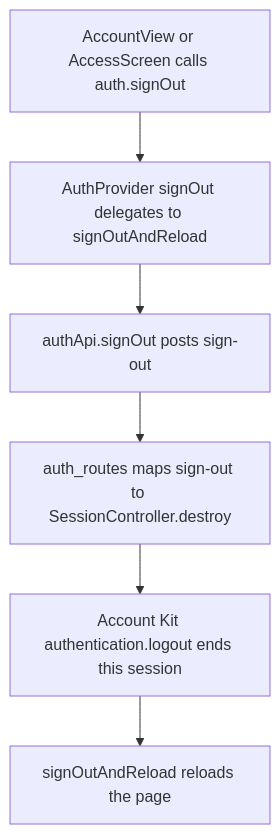
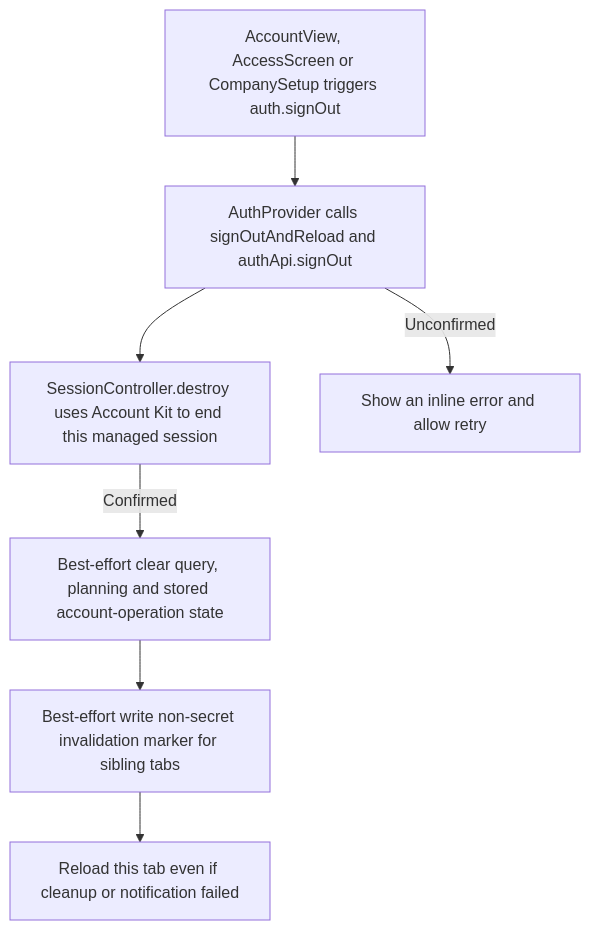
Before and after one commit to Kevinjohn/capacitylens: the second of 2 diagrams in user-stories/account/US-ACCOUNT-04-sign-out.md, drawn with Mermaid. The commit also changed other lines of this file and 172 other files, not shown here.

Commit message:
docs: reconcile user story code flows with source

````diff
--- a/user-stories/account/US-ACCOUNT-04-sign-out.md
+++ b/user-stories/account/US-ACCOUNT-04-sign-out.md
@@ -26,8 +26,9 @@
 ```mermaid
 flowchart TD
-  entry["AccountView or AccessScreen calls auth.signOut"] --> provider["AuthProvider signOut delegates to signOutAndReload"]
-  provider --> client["authApi.signOut posts sign-out"]
-  client --> route["auth_routes maps sign-out to SessionController.destroy"]
-  route --> kit["Account Kit authentication.logout ends this session"]
-  kit --> reload["signOutAndReload reloads the page"]
+  entry["AccountView, AccessScreen or CompanySetup triggers auth.signOut"] --> request["AuthProvider calls signOutAndReload and authApi.signOut"]
+  request --> logout["SessionController.destroy uses Account Kit to end this managed session"]
+  request -->|Unconfirmed| error["Show an inline error and allow retry"]
+  logout -->|Confirmed| cleanup["Best-effort clear query, planning and stored account-operation state"]
+  cleanup --> signal["Best-effort write non-secret invalidation marker for sibling tabs"]
+  signal --> reload["Reload this tab even if cleanup or notification failed"]
 ```
````
